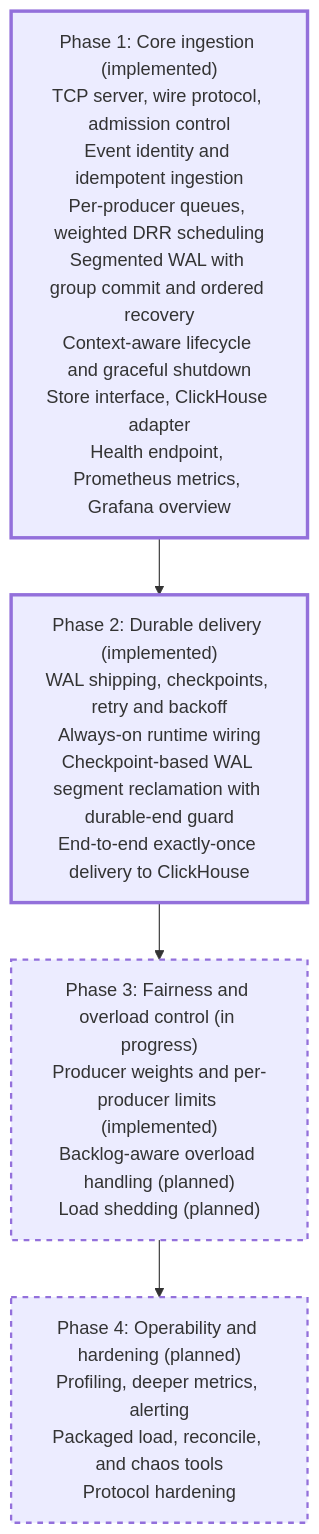
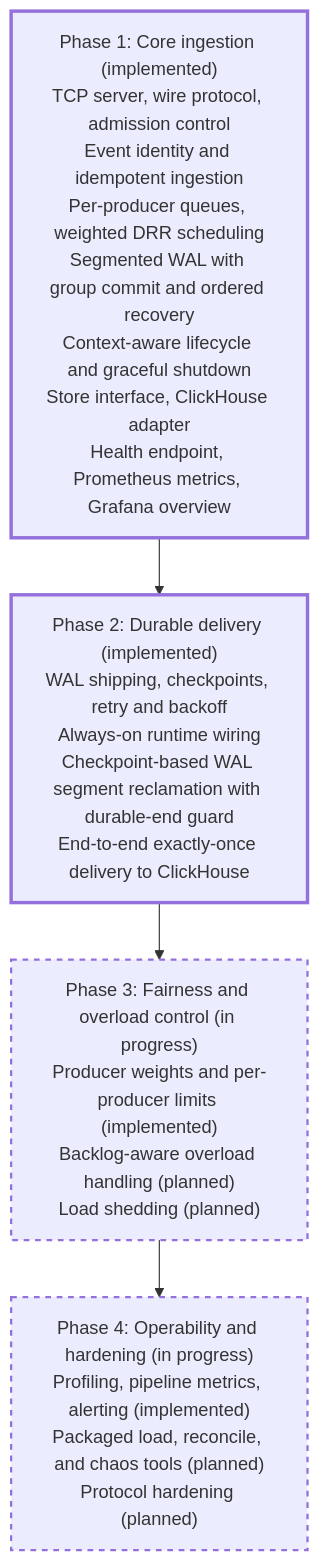
One commit to PratyushVishal11011/Fairgate changed the diagram in docs/roadmap.md. Above: the diagram before and after it, drawn with Mermaid. The commit also changed other lines of this file and 31 other files, not shown here.

Commit message:
Profiling, deeper pipeline metrics, alerting

````diff
--- a/docs/roadmap.md
+++ b/docs/roadmap.md
@@ -7,14 +7,14 @@
 ```mermaid
 flowchart TD
     P1["Phase 1: Core ingestion (implemented)<br/>TCP server, wire protocol, admission control<br/>Event identity and idempotent ingestion<br/>Per-producer queues, weighted DRR scheduling<br/>Segmented WAL with group commit and ordered recovery<br/>Context-aware lifecycle and graceful shutdown<br/>Store interface, ClickHouse adapter<br/>Health endpoint, Prometheus metrics, Grafana overview"]
     P2["Phase 2: Durable delivery (implemented)<br/>WAL shipping, checkpoints, retry and backoff<br/>Always-on runtime wiring<br/>Checkpoint-based WAL segment reclamation with durable-end guard<br/>End-to-end exactly-once delivery to ClickHouse"]
     P3["Phase 3: Fairness and overload control (in progress)<br/>Producer weights and per-producer limits (implemented)<br/>Backlog-aware overload handling (planned)<br/>Load shedding (planned)"]
-    P4["Phase 4: Operability and hardening (planned)<br/>Profiling, deeper metrics, alerting<br/>Packaged load, reconcile, and chaos tools<br/>Protocol hardening"]
+    P4["Phase 4: Operability and hardening (in progress)<br/>Profiling, pipeline metrics, alerting (implemented)<br/>Packaged load, reconcile, and chaos tools (planned)<br/>Protocol hardening (planned)"]
 
     P1 --> P2 --> P3 --> P4
 
     classDef done stroke-width:3px;
     classDef planned stroke-dasharray: 5 5,stroke-width:2px;
     class P1,P2 done;
     class P3,P4 planned;
 ```
````
